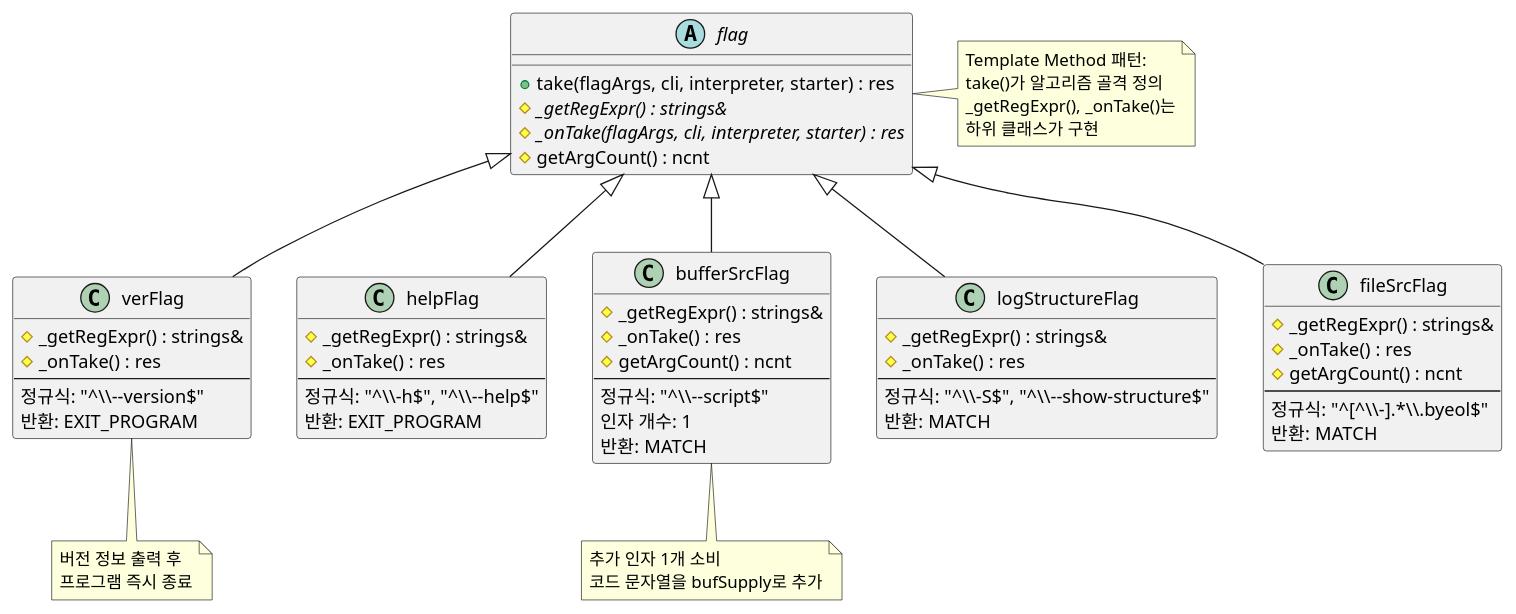
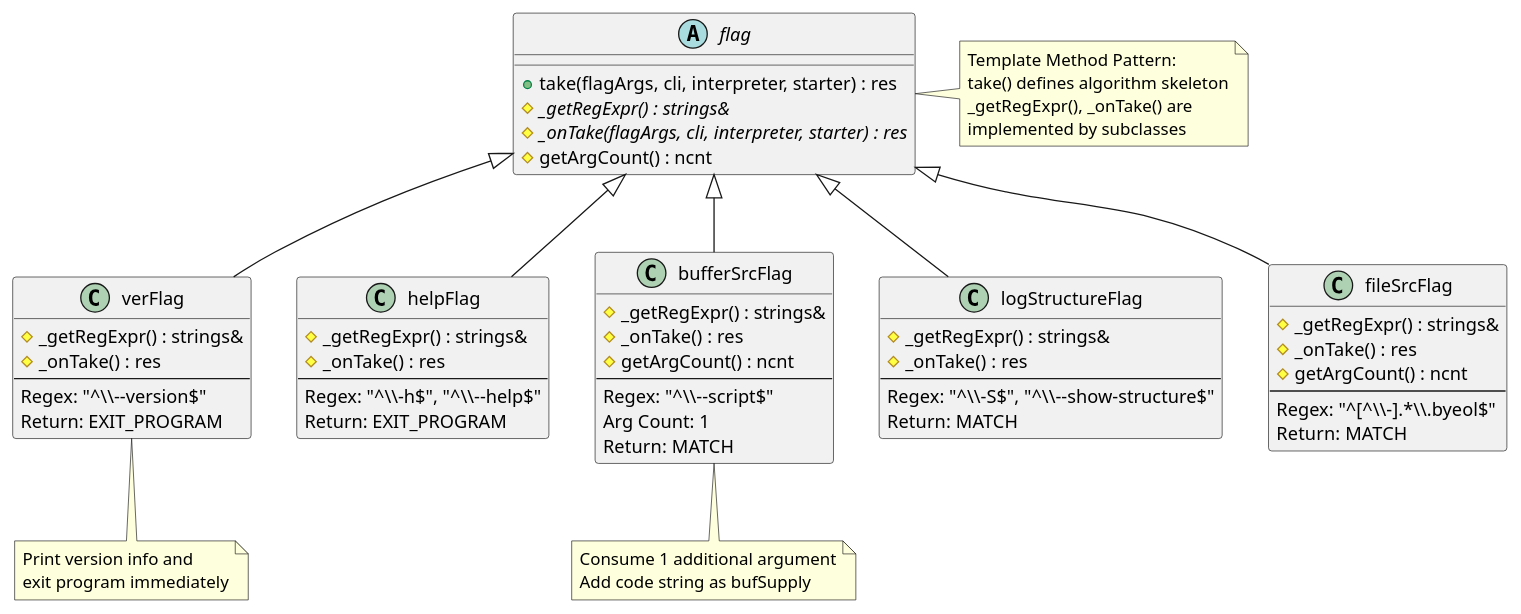
The third of 4 diagrams in doc/ref/ko/aj-architecture-frontend.md (byeolang/byeol), drawn with PlantUML before and after one commit. The commit also changed other lines of this file and 5 other files, not shown here.

First line of the commit message:
docs: translate Korean to English in PlantUML blocks

```diff
--- a/doc/ref/ko/aj-architecture-frontend.md
+++ b/doc/ref/ko/aj-architecture-frontend.md
@@ -128,75 +128,75 @@
 @startuml
 abstract class flag {
     + take(flagArgs, cli, interpreter, starter) : res
     # {abstract} _getRegExpr() : strings&
     # {abstract} _onTake(flagArgs, cli, interpreter, starter) : res
     # getArgCount() : ncnt
 }
 
 note right of flag
-  Template Method 패턴:
-  take()가 알고리즘 골격 정의
-  _getRegExpr(), _onTake()는
-  하위 클래스가 구현
+  Template Method Pattern:
+  take() defines algorithm skeleton
+  _getRegExpr(), _onTake() are
+  implemented by subclasses
 end note
 
 class verFlag {
     # _getRegExpr() : strings&
     # _onTake() : res
     --
-    정규식: "^\\\\--version$"
-    반환: EXIT_PROGRAM
+    Regex: "^\\\\--version$"
+    Return: EXIT_PROGRAM
 }
 
 class helpFlag {
     # _getRegExpr() : strings&
     # _onTake() : res
     --
-    정규식: "^\\\\-h$", "^\\\\--help$"
-    반환: EXIT_PROGRAM
+    Regex: "^\\\\-h$", "^\\\\--help$"
+    Return: EXIT_PROGRAM
 }
 
 class bufferSrcFlag {
     # _getRegExpr() : strings&
     # _onTake() : res
     # getArgCount() : ncnt
     --
-    정규식: "^\\\\--script$"
-    인자 개수: 1
-    반환: MATCH
+    Regex: "^\\\\--script$"
+    Arg Count: 1
+    Return: MATCH
 }
 
 class logStructureFlag {
     # _getRegExpr() : strings&
     # _onTake() : res
     --
-    정규식: "^\\\\-S$", "^\\\\--show-structure$"
-    반환: MATCH
+    Regex: "^\\\\-S$", "^\\\\--show-structure$"
+    Return: MATCH
 }
 
 class fileSrcFlag {
     # _getRegExpr() : strings&
     # _onTake() : res
     # getArgCount() : ncnt
     --
-    정규식: "^[^\\\\-].*\\\\.byeol$"
-    반환: MATCH
+    Regex: "^[^\\\\-].*\\\\.byeol$"
+    Return: MATCH
 }
 
 flag <|-- verFlag
 flag <|-- helpFlag
 flag <|-- bufferSrcFlag
 flag <|-- logStructureFlag
 flag <|-- fileSrcFlag
 
 note bottom of verFlag
-  버전 정보 출력 후
-  프로그램 즉시 종료
+  Print version info and
+  exit program immediately
 end note
 
 note bottom of bufferSrcFlag
-  추가 인자 1개 소비
-  코드 문자열을 bufSupply로 추가
+  Consume 1 additional argument
+  Add code string as bufSupply
 end note
 
 @enduml
```
